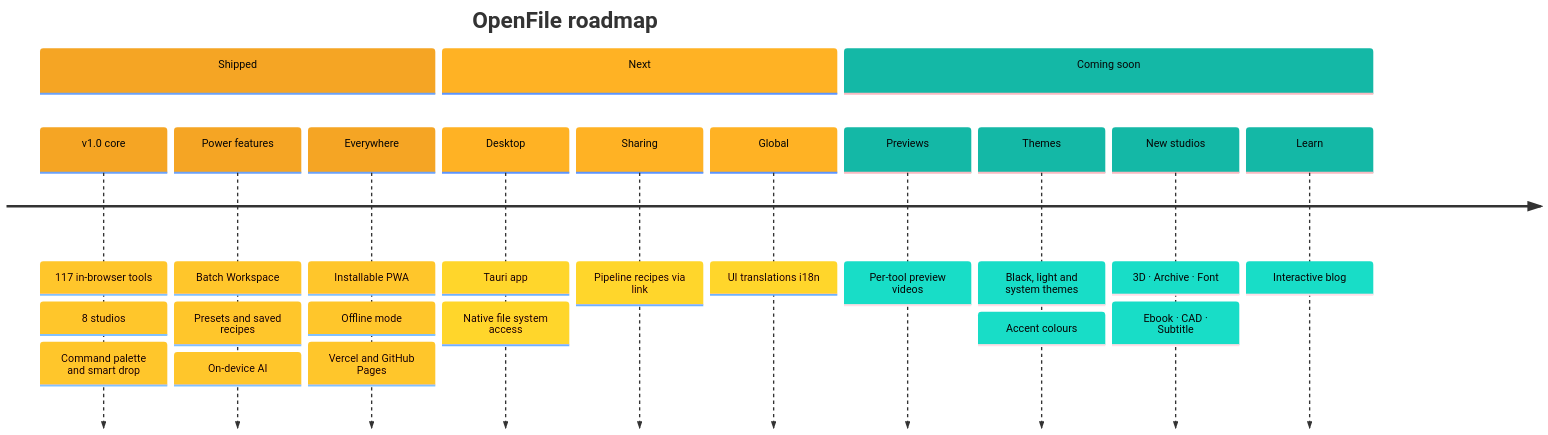
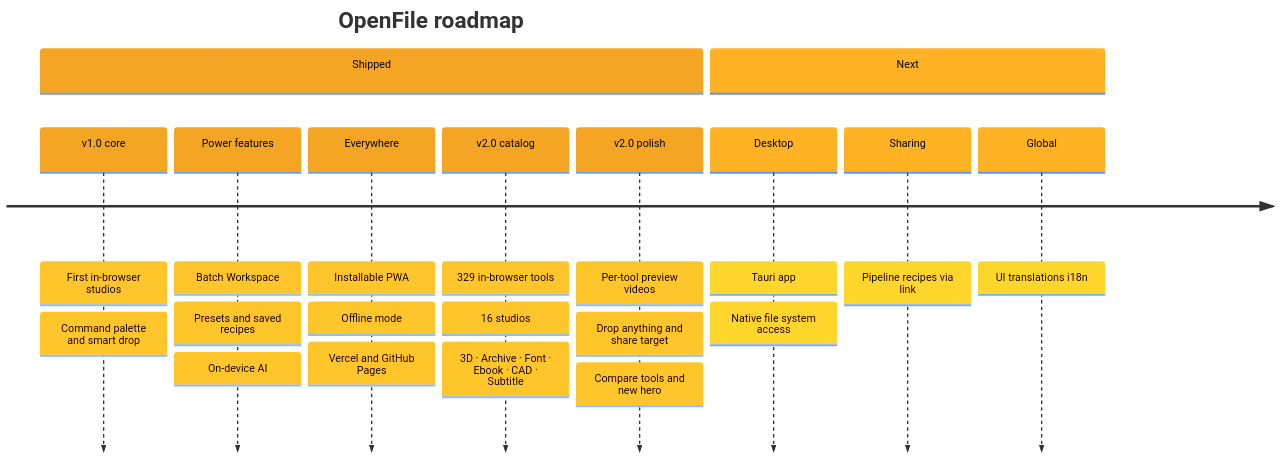
Before and after one commit to aniruddhaadak80/OpenFile: the eighth of 8 diagrams in README.md, drawn with Mermaid. The commit also changed other lines of this file and 11 other files, not shown here.

Commit message:
Docs: README catalog for 329 tools, changelog v2.0.0, generator script

````diff
--- a/README.md
+++ b/README.md
@@ -774,18 +1177,15 @@
 ```mermaid
 %%{init: {'theme':'base','themeVariables':{'fontFamily':'system-ui, sans-serif','cScale0':'#F5A524','cScaleLabel0':'#050505','cScale1':'#FFB224','cScaleLabel1':'#050505','cScale2':'#14B8A6','cScaleLabel2':'#050505','cScale3':'#22D3EE','cScaleLabel3':'#050505','cScale4':'#10B981','cScaleLabel4':'#050505','cScale5':'#38BDF8','cScaleLabel5':'#050505','cScale6':'#FCD34D','cScaleLabel6':'#050505','cScale7':'#5EEAD4','cScaleLabel7':'#050505'}}}%%
 timeline
     title OpenFile roadmap
     section Shipped
-        v1.0 core : 117 in-browser tools : 8 studios : Command palette and smart drop
+        v1.0 core : First in-browser studios : Command palette and smart drop
         Power features : Batch Workspace : Presets and saved recipes : On-device AI
         Everywhere : Installable PWA : Offline mode : Vercel and GitHub Pages
+        v2.0 catalog : 329 in-browser tools : 16 studios : 3D · Archive · Font · Ebook · CAD · Subtitle
+        v2.0 polish : Per-tool preview videos : Drop anything and share target : Compare tools and new hero
     section Next
         Desktop : Tauri app : Native file system access
         Sharing : Pipeline recipes via link
         Global : UI translations i18n
-    section Coming soon
-        Previews : Per-tool preview videos
-        Themes : Black, light and system themes : Accent colours
-        New studios : 3D · Archive · Font : Ebook · CAD · Subtitle
-        Learn : Interactive blog
 ```
````
